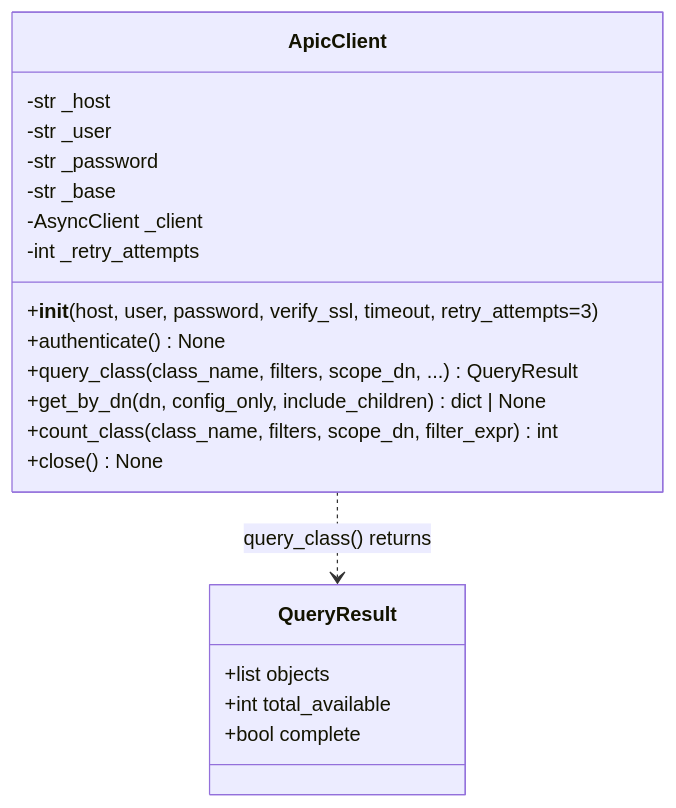
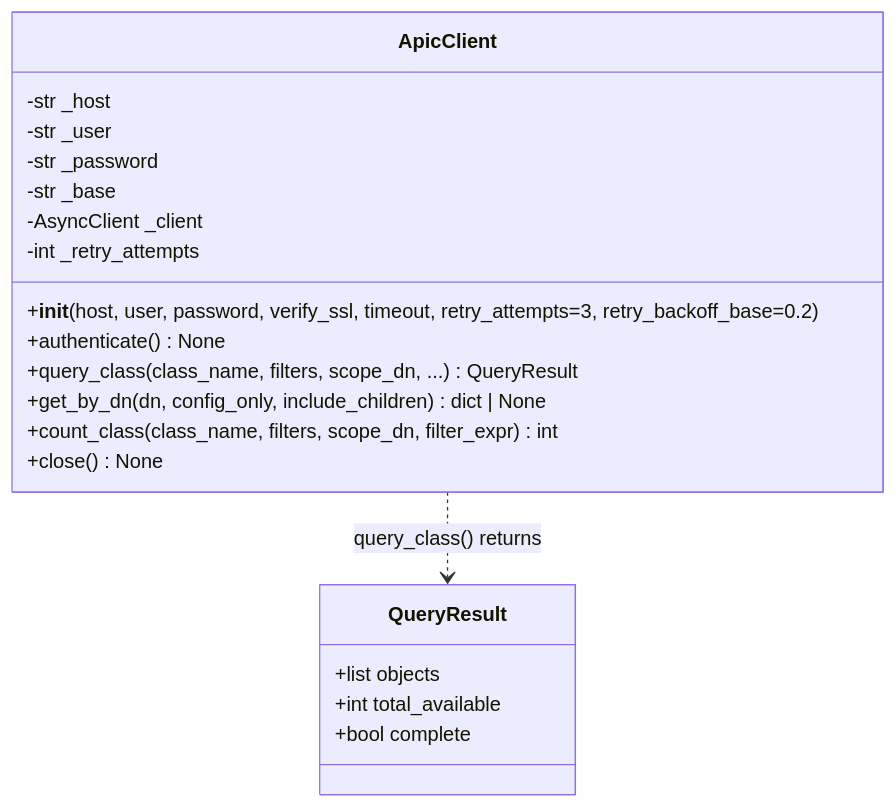
One commit to k3l0-dev/aci-mcp changed the first of 3 diagrams in docs/internals/apic-client.md. Above: the diagram before and after it, drawn with Mermaid. The commit also changed 4 other files, not shown here.

````diff
--- a/docs/internals/apic-client.md
+++ b/docs/internals/apic-client.md
@@ -9,26 +9,26 @@
 ```mermaid
 classDiagram
     class QueryResult {
         +list objects
         +int total_available
         +bool complete
     }
 
     class ApicClient {
         -str _host
         -str _user
         -str _password
         -str _base
         -AsyncClient _client
         -int _retry_attempts
 
-        +__init__(host, user, password, verify_ssl, timeout, retry_attempts=3)
+        +__init__(host, user, password, verify_ssl, timeout, retry_attempts=3, retry_backoff_base=0.2)
         +authenticate() None
         +query_class(class_name, filters, scope_dn, ...) QueryResult
         +get_by_dn(dn, config_only, include_children) dict | None
         +count_class(class_name, filters, scope_dn, filter_expr) int
         +close() None
     }
 
     ApicClient ..> QueryResult : query_class() returns
 ```
````
